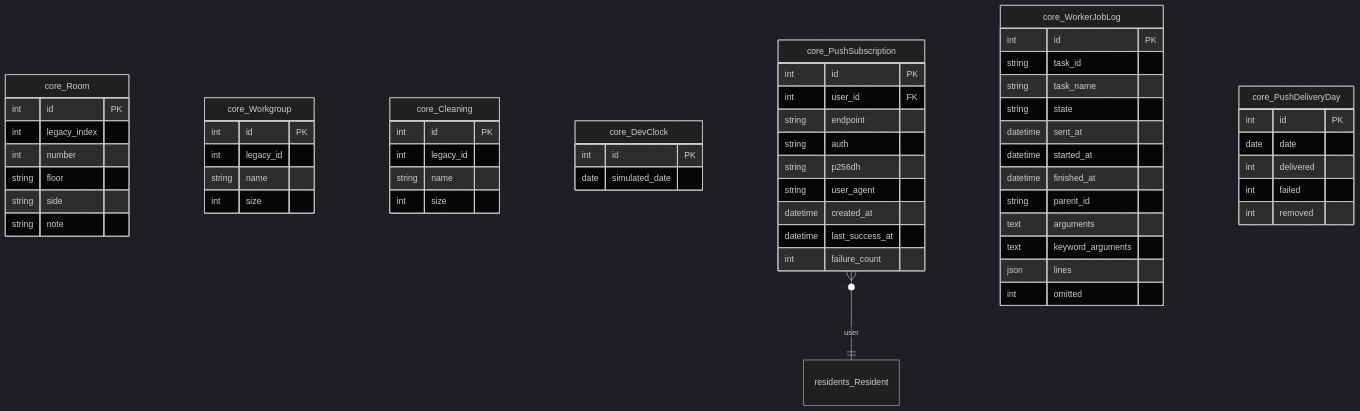
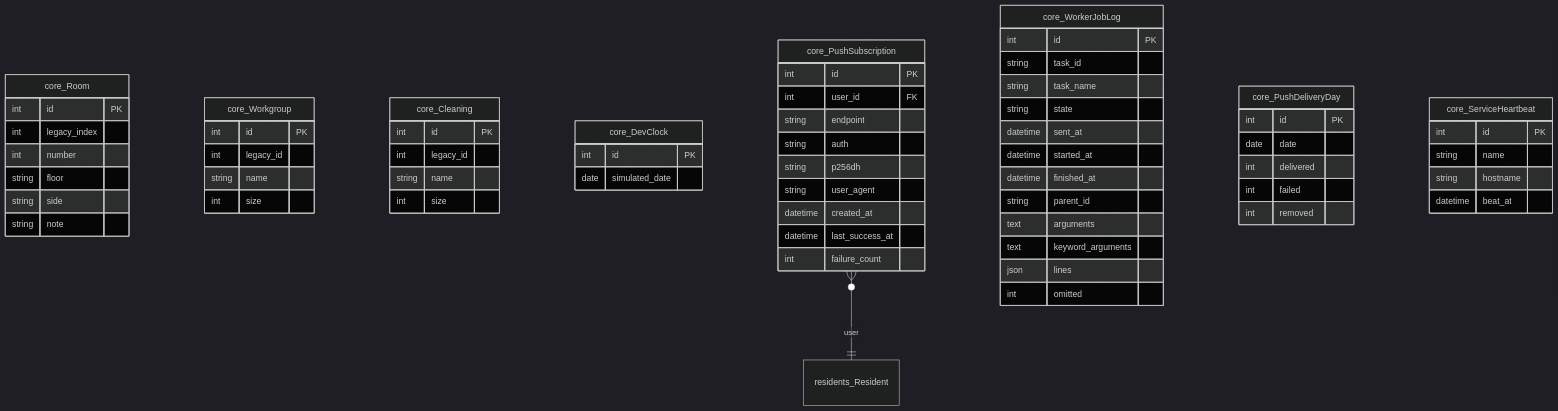
One commit to GAHK-org/gahk_intern changed the sixth of 16 diagrams in docs/erd.md. Above: the diagram before and after it, drawn with Mermaid (dark theme). The commit also changed other lines of this file and 12 other files, not shown here.

````diff
--- a/docs/erd.md
+++ b/docs/erd.md
@@ -976,69 +985,76 @@
 ```mermaid
 erDiagram
     core_Room {
         int id PK
         int legacy_index
         int number
         string floor
         string side
         string note
     }
 
     core_Workgroup {
         int id PK
         int legacy_id
         string name
         int size
     }
 
     core_Cleaning {
         int id PK
         int legacy_id
         string name
         int size
     }
 
     core_DevClock {
         int id PK
         date simulated_date
     }
 
     core_PushSubscription {
         int id PK
         int user_id FK
         string endpoint
         string auth
         string p256dh
         string user_agent
         datetime created_at
         datetime last_success_at
         int failure_count
     }
 
     core_WorkerJobLog {
         int id PK
         string task_id
         string task_name
         string state
         datetime sent_at
         datetime started_at
         datetime finished_at
         string parent_id
         text arguments
         text keyword_arguments
         json lines
         int omitted
     }
 
     core_PushDeliveryDay {
         int id PK
         date date
         int delivered
         int failed
         int removed
     }
 
+    core_ServiceHeartbeat {
+        int id PK
+        string name
+        string hostname
+        datetime beat_at
+    }
+
     residents_Resident { }
 
     core_PushSubscription }o--|| residents_Resident : "user"
 ```
````
